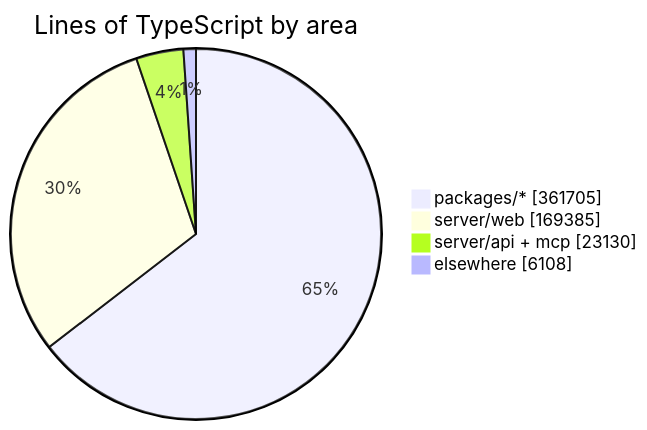
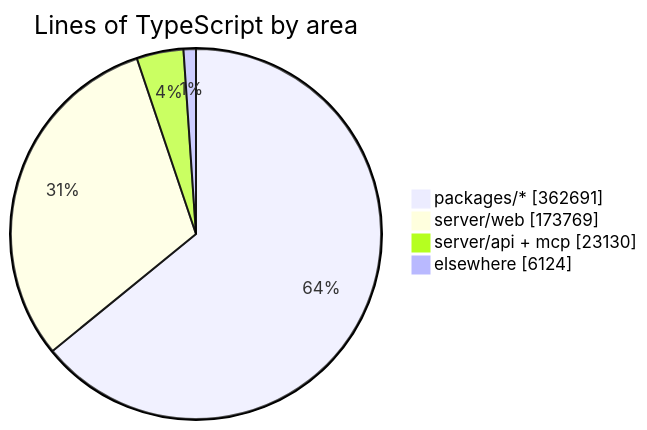
One commit to crossworks-engineering/mantle changed the diagram in README.md. Above: the diagram before and after it, drawn with Mermaid. The commit also changed other lines of this file and 2 other files, not shown here.

````diff
--- a/README.md
+++ b/README.md
@@ -294,7 +294,7 @@
 ```mermaid
 pie showData title Lines of TypeScript by area
-    "packages/*" : 361705
-    "server/web" : 169385
+    "packages/*" : 362691
+    "server/web" : 173769
     "server/api + mcp" : 23130
-    "elsewhere" : 6108
+    "elsewhere" : 6124
 ```
````
